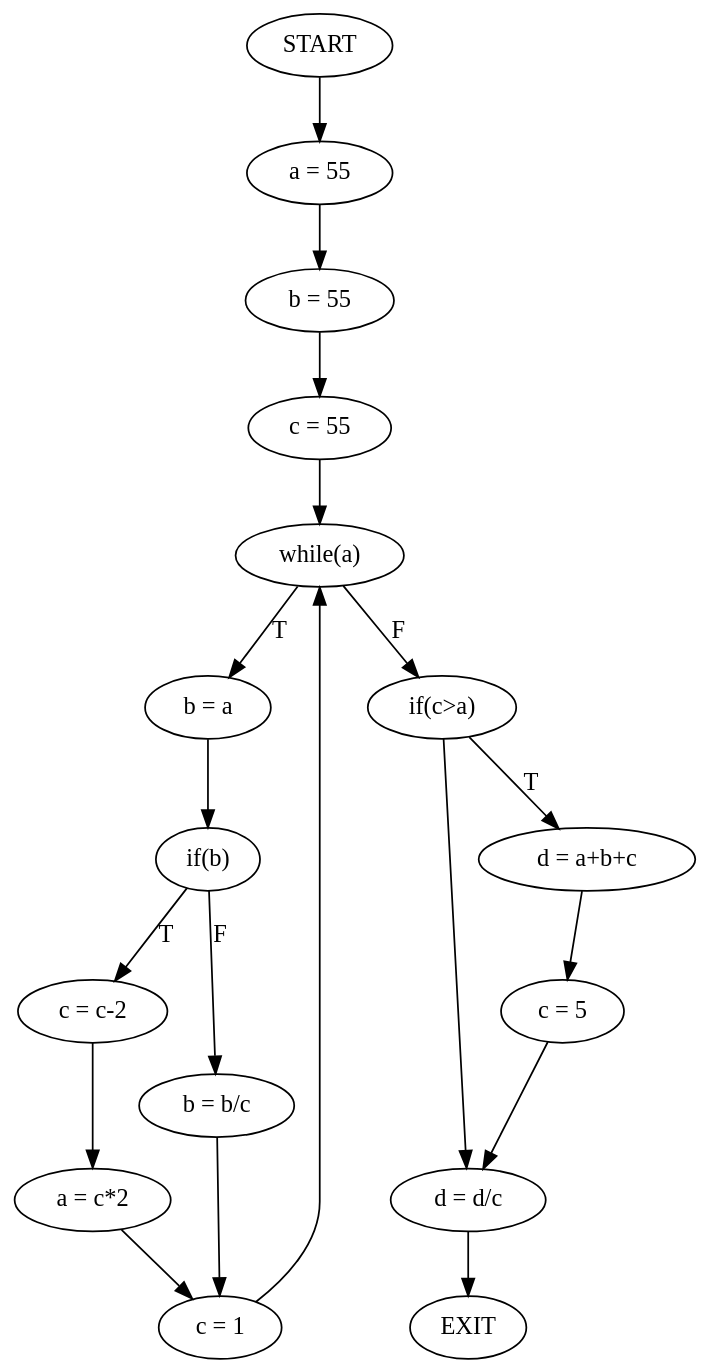
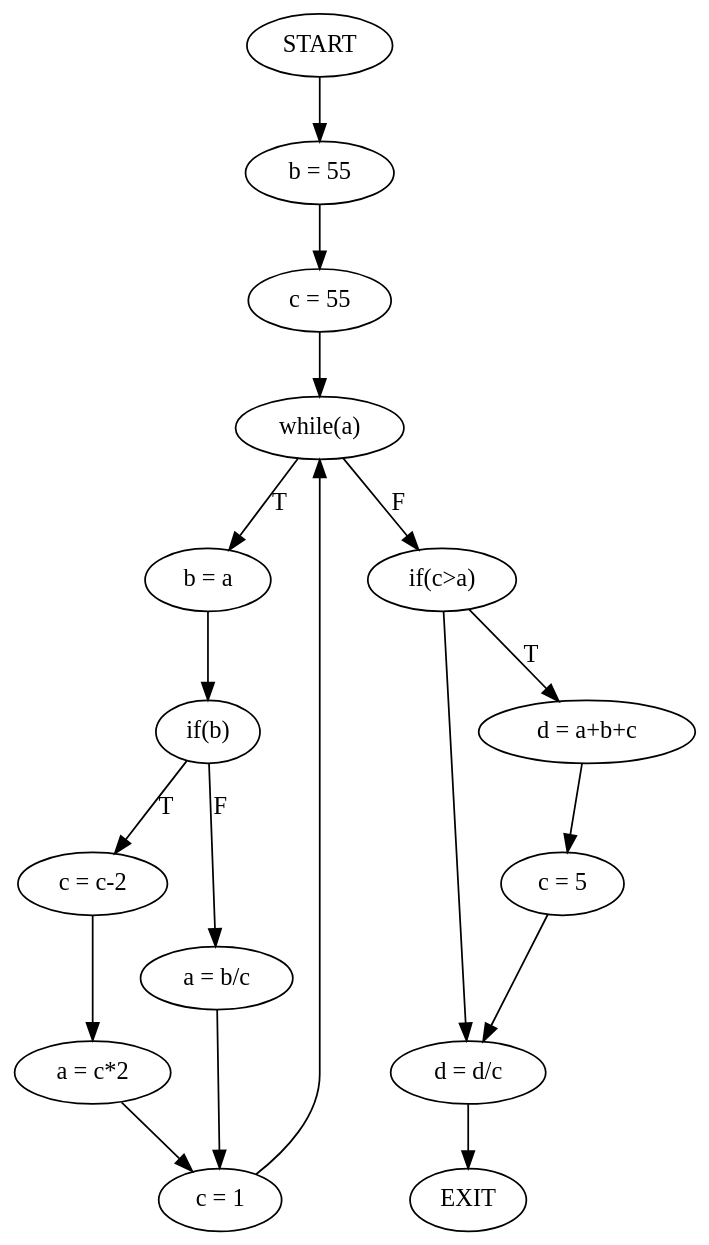
The diagram in ATS/Fichas/Cmb/Gramatica/output/cfg.gv (MiguelCosta/EngenhariaDeLinguagens), drawn with Graphviz before and after one commit. The commit also changed 126 other files, not shown here.

```diff
--- a/ATS/Fichas/Cmb/Gramatica/output/cfg.gv
+++ b/ATS/Fichas/Cmb/Gramatica/output/cfg.gv
@@ -1,21 +1,20 @@
 digraph mainmap {
 graph [bgcolor=transparent];
-"START" -> "a = 55";
-	"a = 55" -> "b = 55";
+"START" -> "b = 55";
 	"b = 55" -> "c = 55";
 	"c = 55" -> "while(a)";
 	"while(a)" -> "b = a"[label="T"];
 	"while(a)" -> "if(c>a)"[label="F"];
 	"b = a" -> "if(b)";
 	"if(b)" -> "c = c-2"[label="T"];
-	"if(b)" -> "b = b/c"[label="F"];
+	"if(b)" -> "a = b/c"[label="F"];
 	"c = c-2" -> "a = c*2";
 	"a = c*2" -> "c = 1";
-	"b = b/c" -> "c = 1";
+	"a = b/c" -> "c = 1";
 	"c = 1" -> "while(a)";
 	"if(c>a)" -> "d = a+b+c"[label="T"];
 	"if(c>a)" -> "d = d/c";
 	"d = a+b+c" -> "c = 5";
 	"c = 5" -> "d = d/c";
 	"d = d/c" -> "EXIT";
 	}
```
